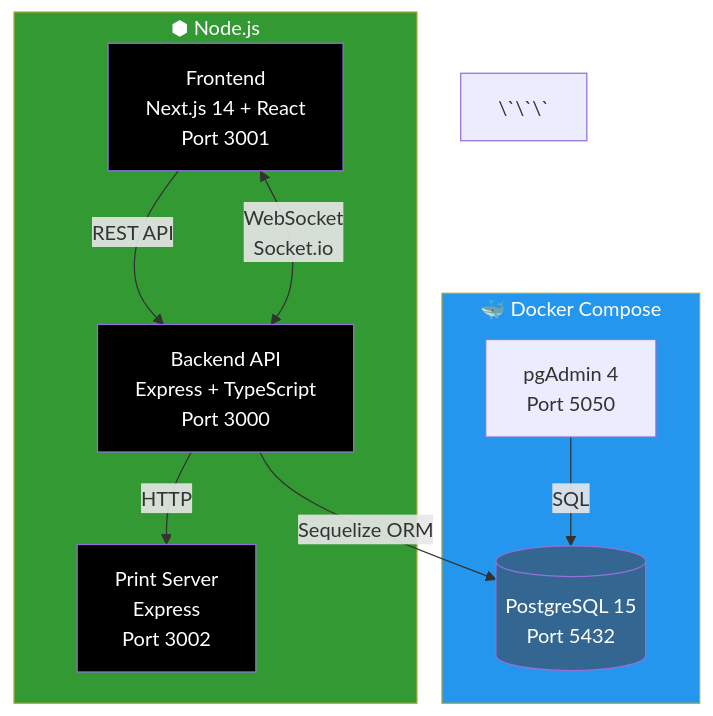
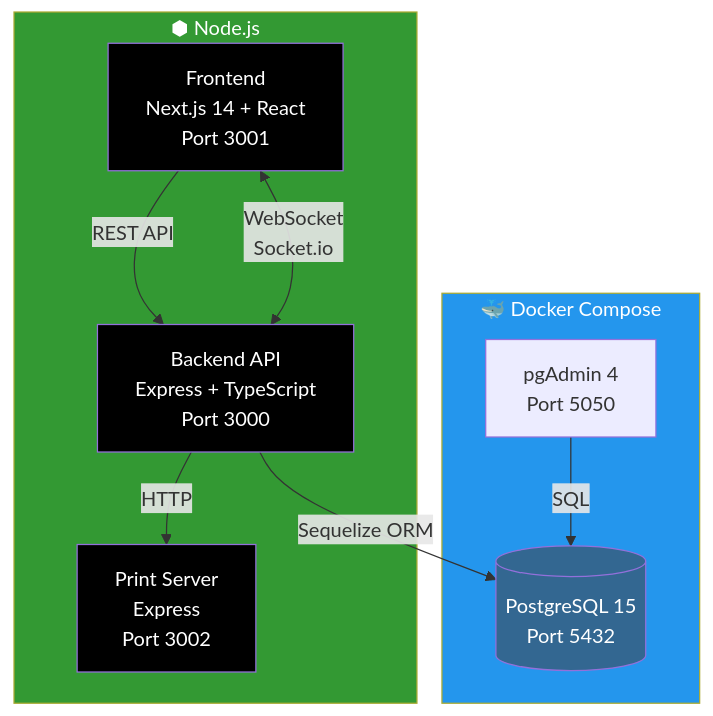
One commit to ilyasskhaleq/asix2ilyass changed the diagram in unidad1/unidad7.md. Above: the diagram before and after it, drawn with Mermaid. The commit also changed other lines of this file, not shown here.

````diff
--- a/unidad1/unidad7.md
+++ b/unidad1/unidad7.md
@@ -41,28 +41,26 @@
 ```mermaid
 graph TB
     subgraph Docker ["🐳 Docker Compose"]
         DB[(PostgreSQL 15<br/>Port 5432)]
         PGA[pgAdmin 4<br/>Port 5050]
     end
 
     subgraph NodeJS ["⬢ Node.js"]
         BE[Backend API<br/>Express + TypeScript<br/>Port 3000]
         FE[Frontend<br/>Next.js 14 + React<br/>Port 3001]
         PS[Print Server<br/>Express<br/>Port 3002]
     end
 
     FE -->|REST API| BE
-    FE <-->|WebSocket<br/>Socket.io| BE
+    FE <--> |WebSocket<br/>Socket.io| BE
     BE -->|Sequelize ORM| DB
     BE -->|HTTP| PS
     PGA -->|SQL| DB
 
     style Docker fill:#2496ED,color:#fff
     style NodeJS fill:#339933,color:#fff
     style DB fill:#336791,color:#fff
     style BE fill:#000000,color:#fff
     style FE fill:#000000,color:#fff
     style PS fill:#000000,color:#fff
-
-\`\`\`
 ```
````
